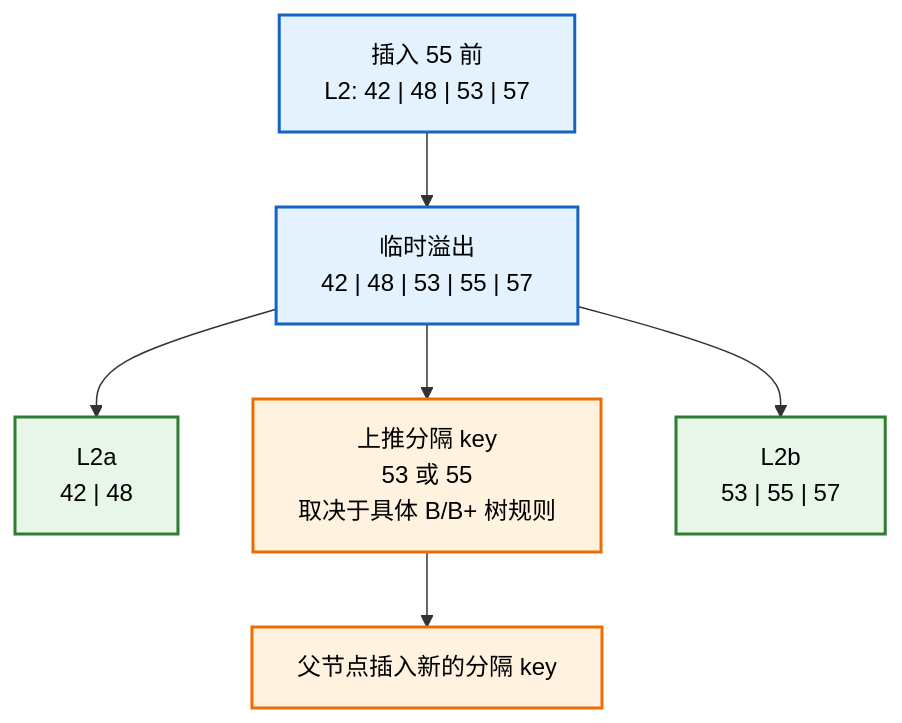
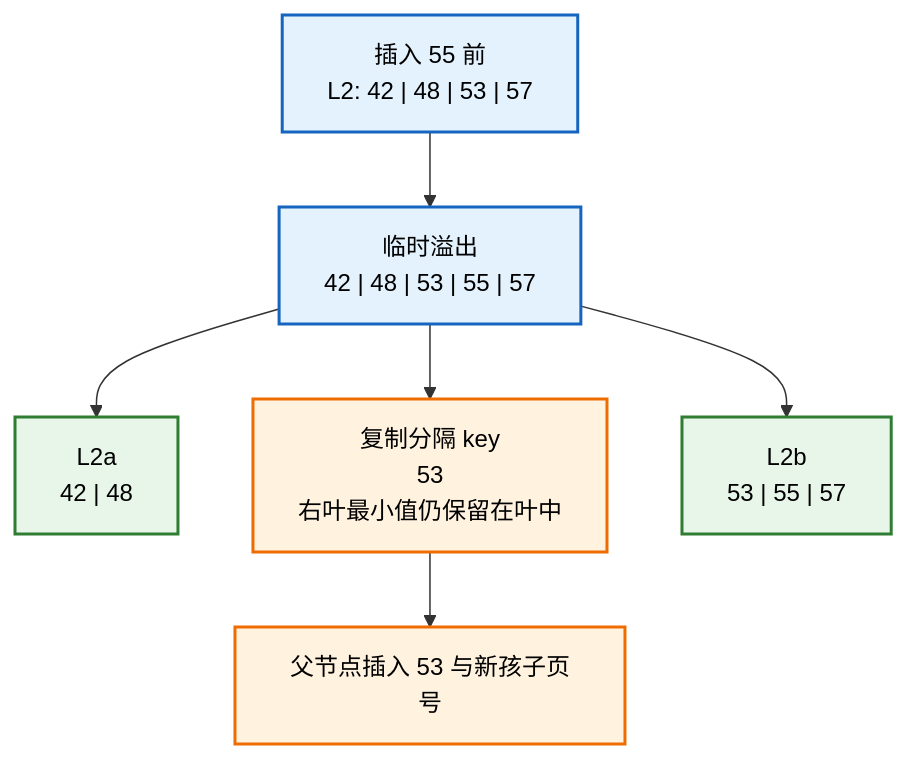
One commit to FormingSystem/linux_note changed the fifth of 7 diagrams in knowledge/linux/data_structures/红黑树_rb-tree/P13_再扩展到_B_树与_B+_树.md. Above: the diagram before and after it, drawn with Mermaid. The commit also changed other lines of this file and 10 other files, not shown here.

````diff
--- a/knowledge/linux/data_structures/红黑树_rb-tree/P13_再扩展到_B_树与_B+_树.md
+++ b/knowledge/linux/data_structures/红黑树_rb-tree/P13_再扩展到_B_树与_B+_树.md
@@ -557,22 +231,22 @@
 ```mermaid
 flowchart TD
 	before["插入 55 前<br/>L2: 42 | 48 | 53 | 57"]
 	temp["临时溢出<br/>42 | 48 | 53 | 55 | 57"]
 	left["L2a<br/>42 | 48"]
-	promote["上推分隔 key<br/>53 或 55<br/>取决于具体 B/B+ 树规则"]
+	promote["复制分隔 key<br/>53<br/>右叶最小值仍保留在叶中"]
 	right["L2b<br/>53 | 55 | 57"]
-	parent["父节点插入新的分隔 key"]
+	parent["父节点插入 53 与新孩子页号"]
 
 	before --> temp
 	temp --> left
 	temp --> promote
 	temp --> right
 	promote --> parent
 
 	classDef old fill:#e3f2fd,stroke:#1565c0,color:#000,stroke-width:2px;
 	classDef new fill:#e8f5e9,stroke:#2e7d32,color:#000,stroke-width:2px;
 	classDef mid fill:#fff3e0,stroke:#ef6c00,color:#000,stroke-width:2px;
 	class before,temp old;
 	class left,right new;
 	class promote,parent mid;
 ```
````
